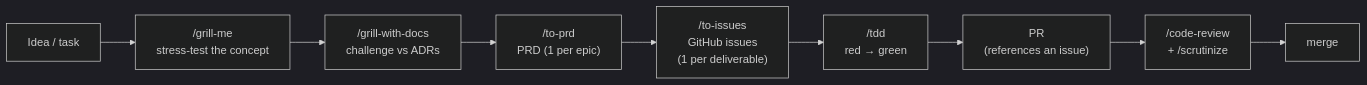
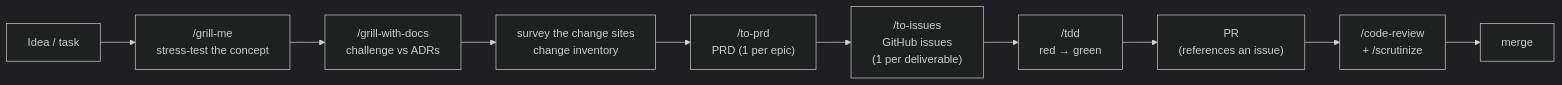
One commit to xenodeve/xeno-skills changed the first of 2 diagrams in docs/development-workflow.en.md. Above: the diagram before and after it, drawn with Mermaid (dark theme). The commit also changed 12 other files, not shown here.

````diff
--- a/docs/development-workflow.en.md
+++ b/docs/development-workflow.en.md
@@ -21,11 +21,12 @@
 ```mermaid
 graph LR
     Idea["Idea / task"] --> Grill["/grill-me<br/>stress-test the concept"]
     Grill --> GrillDocs["/grill-with-docs<br/>challenge vs ADRs"]
-    GrillDocs --> PRD["/to-prd<br/>PRD (1 per epic)"]
+    GrillDocs --> Survey["survey the change sites<br/>change inventory"]
+    Survey --> PRD["/to-prd<br/>PRD (1 per epic)"]
     PRD --> Issues["/to-issues<br/>GitHub issues<br/>(1 per deliverable)"]
     Issues --> TDD["/tdd<br/>red → green"]
     TDD --> PR["PR<br/>(references an issue)"]
     PR --> Review["/code-review<br/>+ /scrutinize"]
     Review --> Merge["merge"]
 ```
````
